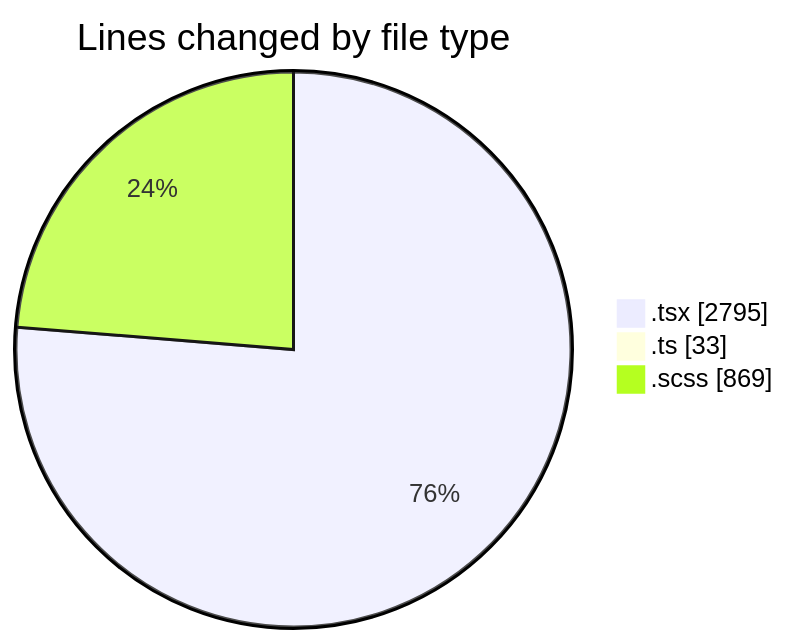
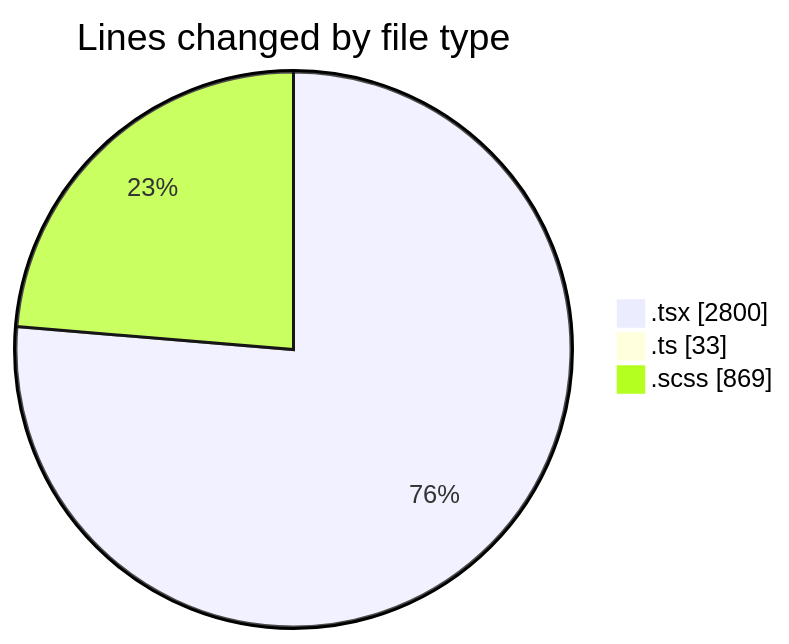
One commit to momahboobian/code-tracking changed the first of 2 diagrams in 2025-02-12/cda/README.md. Above: the diagram before and after it, drawn with Mermaid. The commit also changed other lines of this file and 1 other file, not shown here.

````diff
--- a/2025-02-12/cda/README.md
+++ b/2025-02-12/cda/README.md
@@ -30,7 +30,7 @@
 ```mermaid
 pie showData
 title Lines changed by file type
-".tsx" : 2795
+".tsx" : 2800
 ".ts" : 33
 ".scss" : 869
 ```
````
